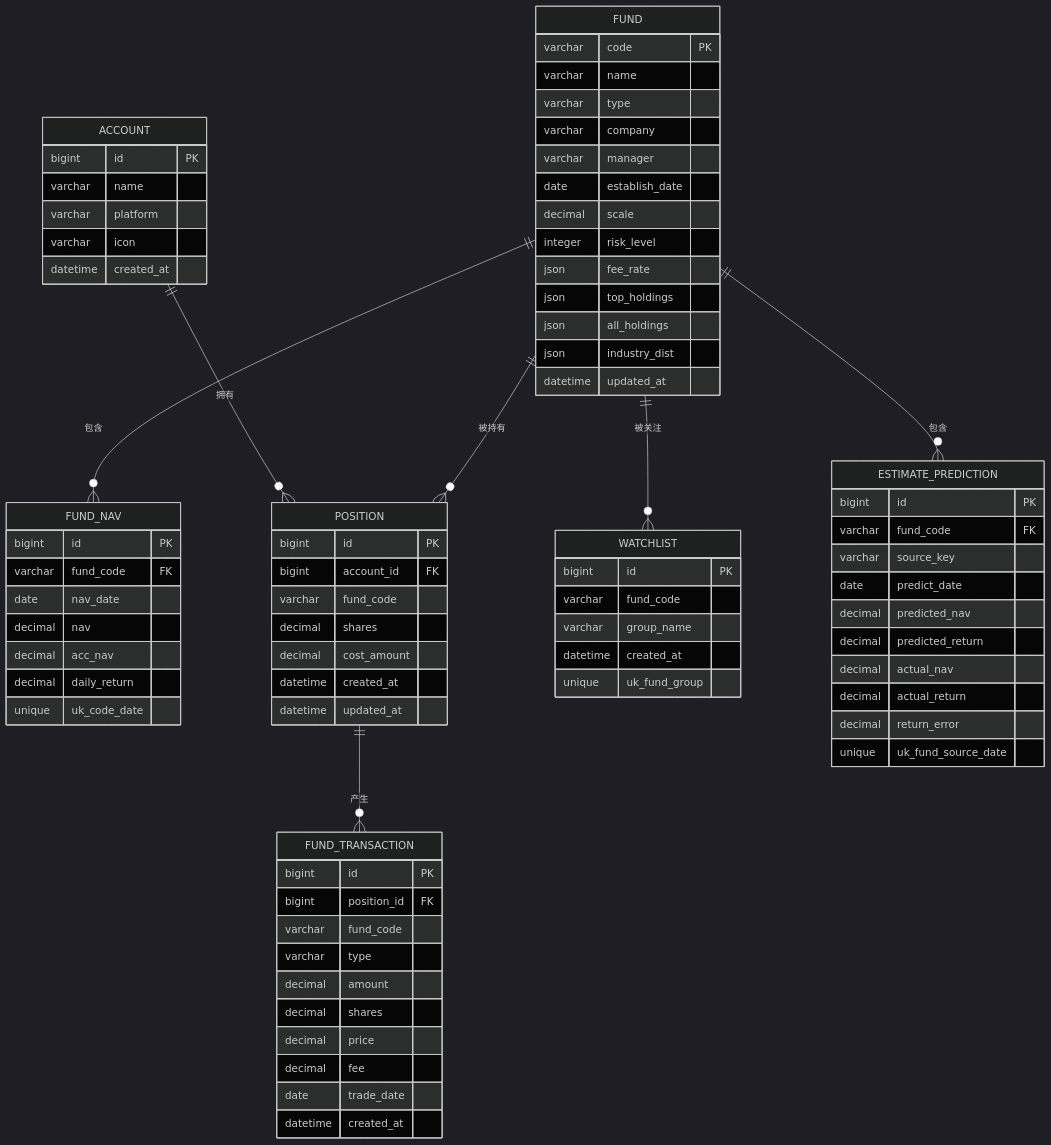
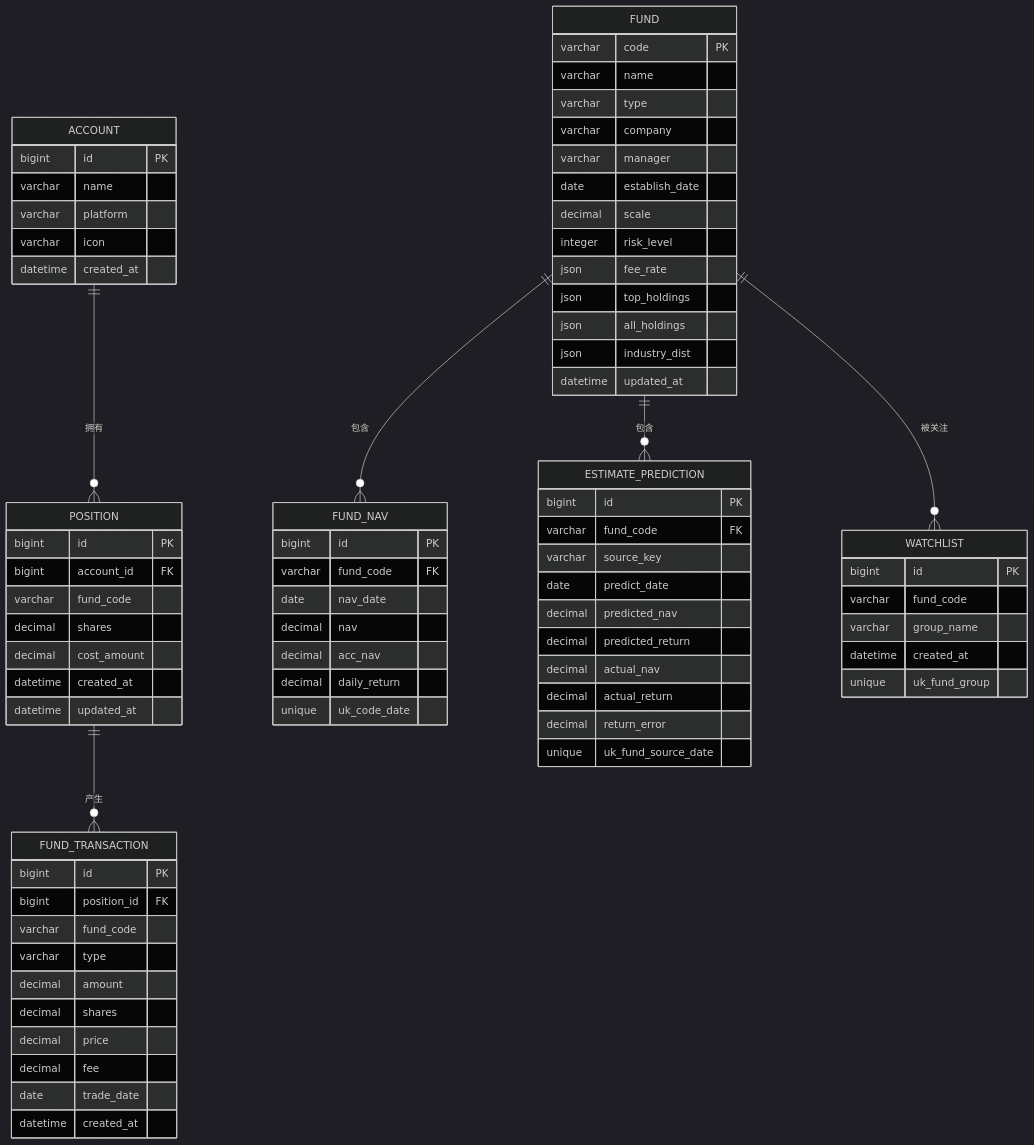
Before and after one commit to gree-coder/fund-butler: diagram 14 of 18 in .qoder/repowiki/zh/content/核心功能开发/多源基金估值系统.md, drawn with Mermaid (dark theme). The commit also changed other lines of this file and 34 other files, not shown here.

````diff
--- a/.qoder/repowiki/zh/content/核心功能开发/多源基金估值系统.md
+++ b/.qoder/repowiki/zh/content/核心功能开发/多源基金估值系统.md
@@ -544,80 +598,79 @@
 ```mermaid
 erDiagram
 FUND {
 varchar code PK
 varchar name
 varchar type
 varchar company
 varchar manager
 date establish_date
 decimal scale
 integer risk_level
 json fee_rate
 json top_holdings
 json all_holdings
 json industry_dist
 datetime updated_at
 }
 FUND_NAV {
 bigint id PK
 varchar fund_code FK
 date nav_date
 decimal nav
 decimal acc_nav
 decimal daily_return
 unique uk_code_date
 }
 ACCOUNT {
 bigint id PK
 varchar name
 varchar platform
 varchar icon
 datetime created_at
 }
 POSITION {
 bigint id PK
 bigint account_id FK
 varchar fund_code
 decimal shares
 decimal cost_amount
 datetime created_at
 datetime updated_at
 }
 FUND_TRANSACTION {
 bigint id PK
 bigint position_id FK
 varchar fund_code
 varchar type
 decimal amount
 decimal shares
 decimal price
 decimal fee
 date trade_date
 datetime created_at
 }
 WATCHLIST {
 bigint id PK
 varchar fund_code
 varchar group_name
 datetime created_at
 unique uk_fund_group
 }
 ESTIMATE_PREDICTION {
 bigint id PK
 varchar fund_code FK
 varchar source_key
 date predict_date
 decimal predicted_nav
 decimal predicted_return
 decimal actual_nav
 decimal actual_return
 decimal return_error
 unique uk_fund_source_date
 }
 FUND ||--o{ FUND_NAV : "包含"
 FUND ||--o{ ESTIMATE_PREDICTION : "包含"
 ACCOUNT ||--o{ POSITION : "拥有"
 POSITION ||--o{ FUND_TRANSACTION : "产生"
-FUND ||--o{ POSITION : "被持有"
 FUND ||--o{ WATCHLIST : "被关注"
 ```
````
